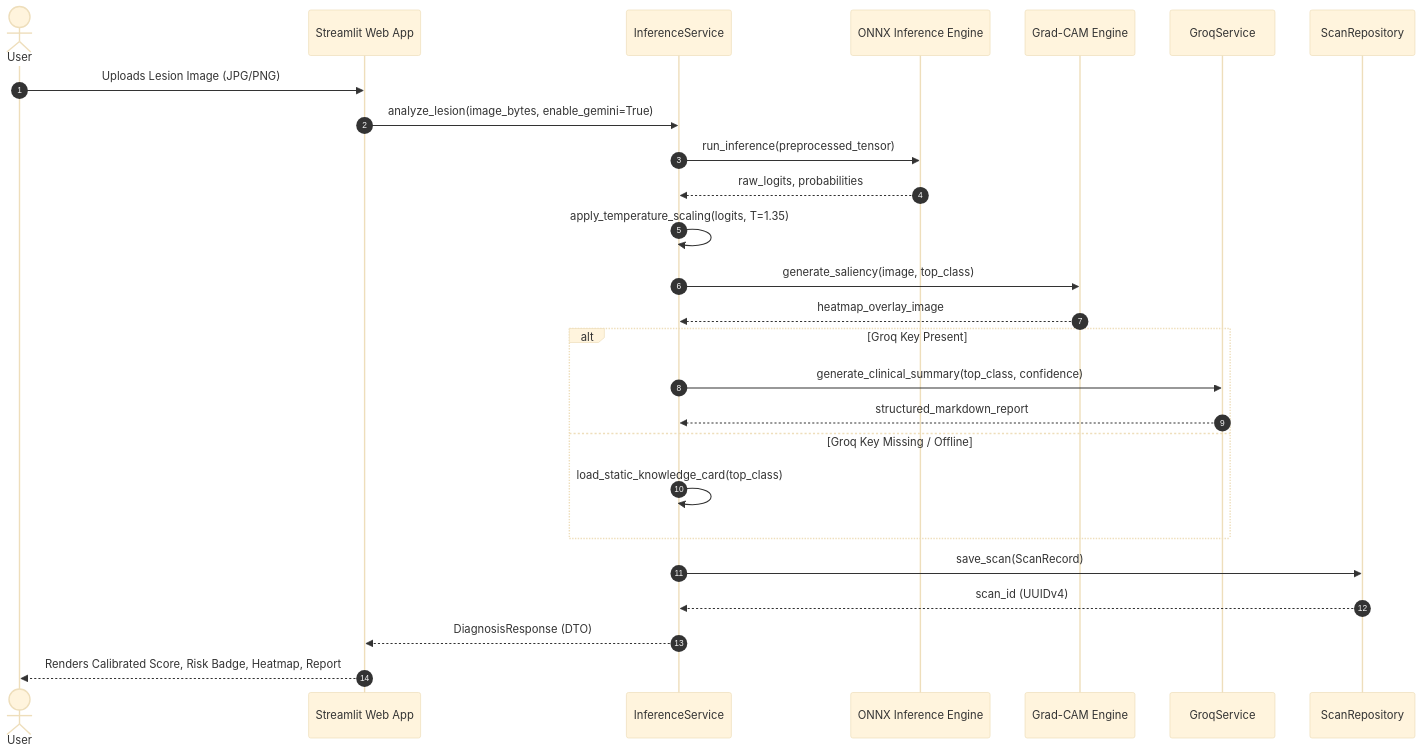
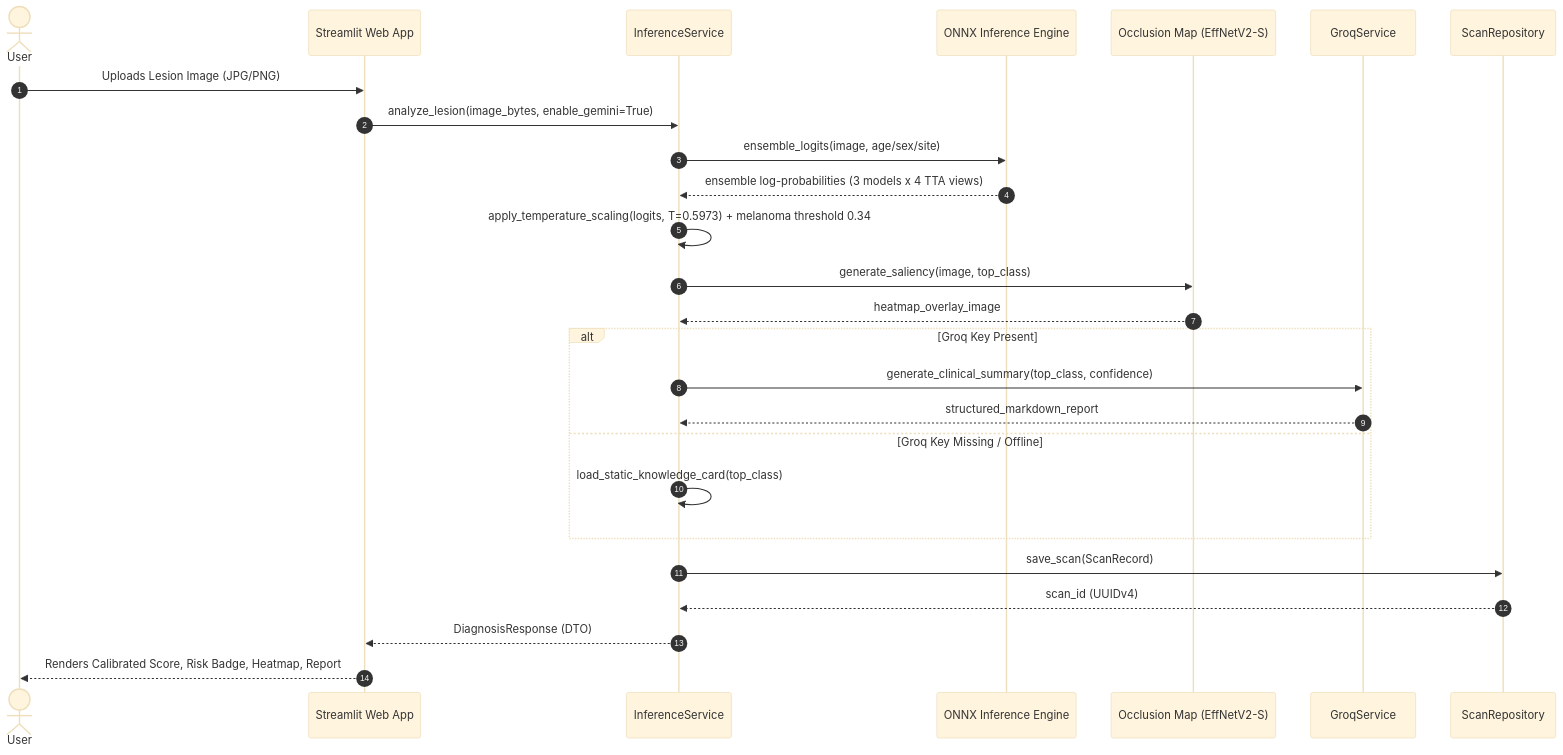
Before and after one commit to ashhal-kaleem/ai-derm-assistant: the diagram in docs/architecture.md, drawn with Mermaid (base theme). The commit also changed other lines of this file and 35 other files, not shown here.

````diff
--- a/docs/architecture.md
+++ b/docs/architecture.md
@@ -39,29 +39,29 @@
 ```mermaid
 sequenceDiagram
     autonumber
     actor User
     participant UI as Streamlit Web App
     participant IS as InferenceService
     participant OE as ONNX Inference Engine
-    participant GC as Grad-CAM Engine
+    participant GC as Occlusion Map (EffNetV2-S)
     participant GS as GroqService
     participant DB as ScanRepository
 
     User->>UI: Uploads Lesion Image (JPG/PNG)
     UI->>IS: analyze_lesion(image_bytes, enable_gemini=True)
-    IS->>OE: run_inference(preprocessed_tensor)
-    OE-->>IS: raw_logits, probabilities
-    IS->>IS: apply_temperature_scaling(logits, T=1.35)
+    IS->>OE: ensemble_logits(image, age/sex/site)
+    OE-->>IS: ensemble log-probabilities (3 models x 4 TTA views)
+    IS->>IS: apply_temperature_scaling(logits, T=0.5973) + melanoma threshold 0.34
     IS->>GC: generate_saliency(image, top_class)
     GC-->>IS: heatmap_overlay_image
     alt Groq Key Present
         IS->>GS: generate_clinical_summary(top_class, confidence)
         GS-->>IS: structured_markdown_report
     else Groq Key Missing / Offline
         IS->>IS: load_static_knowledge_card(top_class)
     end
     IS->>DB: save_scan(ScanRecord)
     DB-->>IS: scan_id (UUIDv4)
     IS-->>UI: DiagnosisResponse (DTO)
     UI-->>User: Renders Calibrated Score, Risk Badge, Heatmap, Report
 ```
````
